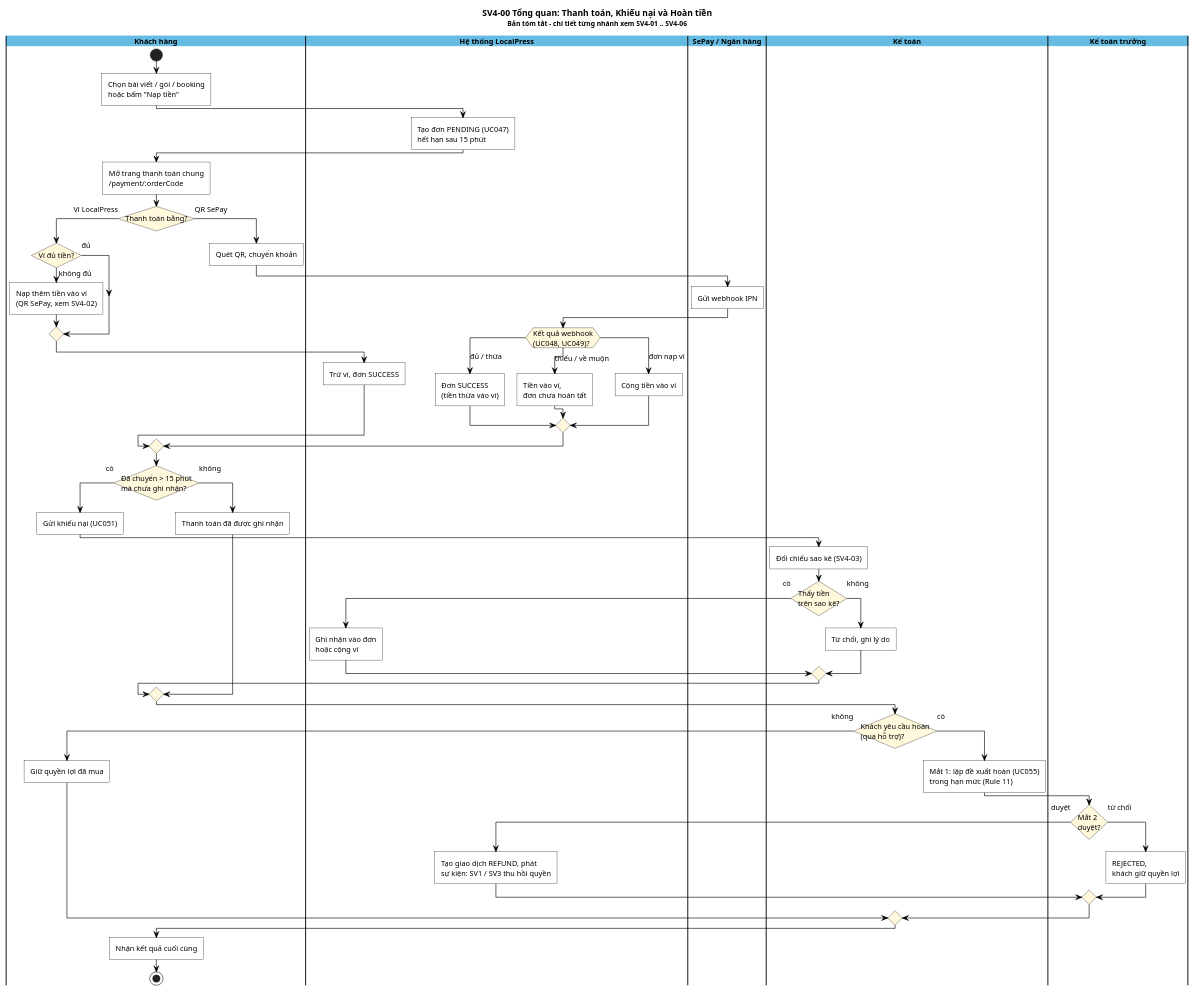
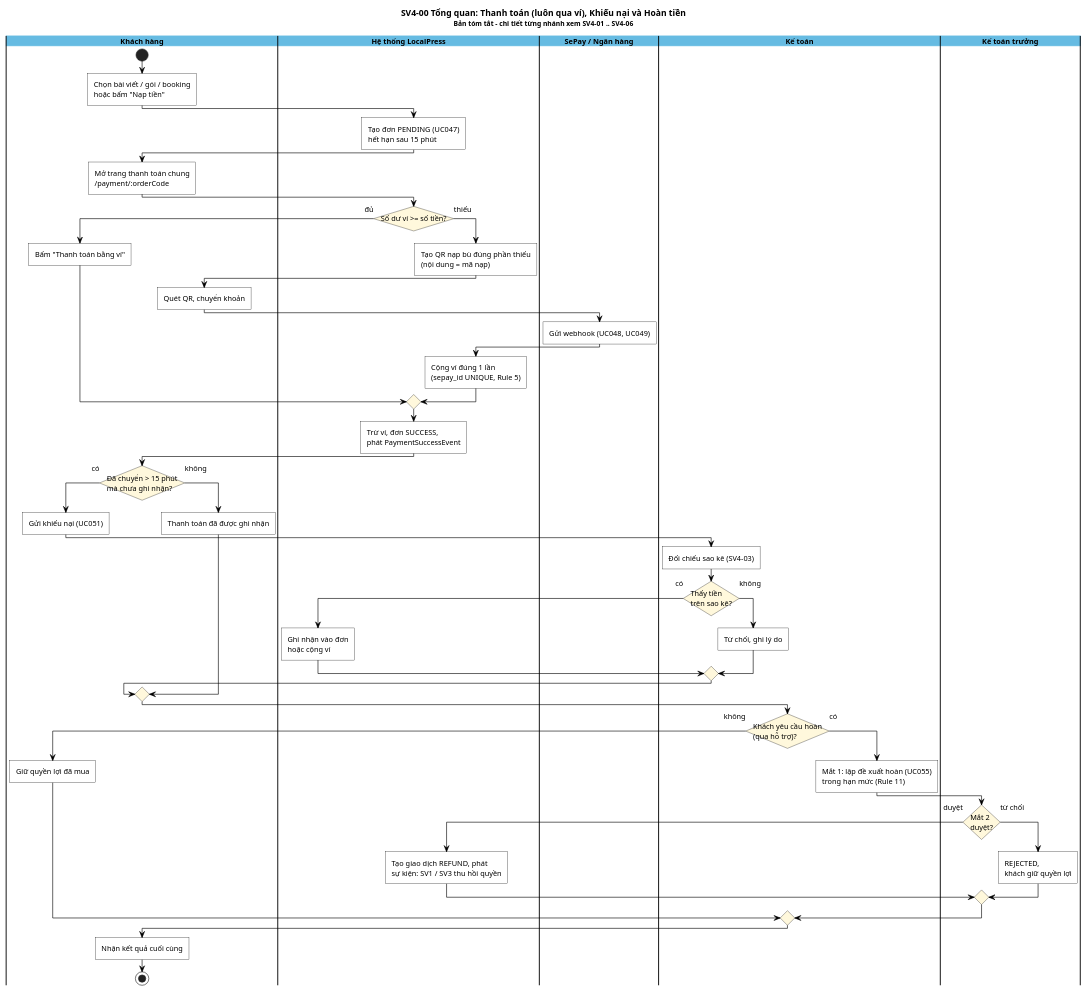
Before and after one commit to huyz4nny/SWP391_LOCALPRESS-REVENUE-TRUST-PLATFORM: the diagram in docs/sv4/02_source/vi/swimlane_sv4_00_overview_vi.puml, drawn with PlantUML. The commit also changed 189 other files, not shown here.

```diff
--- a/docs/sv4/02_source/vi/swimlane_sv4_00_overview_vi.puml
+++ b/docs/sv4/02_source/vi/swimlane_sv4_00_overview_vi.puml
@@ -1,113 +1,107 @@
 @startuml swimlane_sv4_00_overview_vi
-title SV4-00 Tổng quan: Thanh toán, Khiếu nại và Hoàn tiền\n<size:11>Bản tóm tắt - chi tiết từng nhánh xem SV4-01 .. SV4-06</size>
+title SV4-00 Tổng quan: Thanh toán (luôn qua ví), Khiếu nại và Hoàn tiền\n<size:11>Bản tóm tắt - chi tiết từng nhánh xem SV4-01 .. SV4-06</size>
 
 scale max 4000 width
 skinparam backgroundColor white
 skinparam shadowing false
 skinparam defaultFontName Arial
 skinparam defaultFontSize 12
 skinparam ArrowColor #000000
 skinparam conditionStyle InsideDiamond
 skinparam roundCorner 0
 skinparam swimlane {
   BorderColor #000000
   TitleBackgroundColor #66BBE2
   TitleFontStyle bold
 }
 skinparam activity {
   BackgroundColor white
   BorderColor #000000
   DiamondBackgroundColor #FFF8DC
   DiamondBorderColor #000000
 }
 skinparam note {
   BackgroundColor #FFFFE0
   BorderColor #999999
 }
 
 |Khách hàng|
 |Hệ thống LocalPress|
 |SePay / Ngân hàng|
 |Kế toán|
 |Kế toán trưởng|
 
 |Khách hàng|
 start
 :Chọn bài viết / gói / booking
 hoặc bấm "Nạp tiền";
 |Hệ thống LocalPress|
 :Tạo đơn PENDING (UC047)
 hết hạn sau 15 phút;
 |Khách hàng|
 :Mở trang thanh toán chung
 /payment/:orderCode;
-if (Thanh toán bằng?) then (Ví LocalPress)
-  if (Ví đủ tiền?) then (đủ)
-  else (không đủ)
-    :Nạp thêm tiền vào ví
-(QR SePay, xem SV4-02);
-  endif
+|Hệ thống LocalPress|
+if (Số dư ví >= số tiền?) then (đủ)
+  |Khách hàng|
+  :Bấm "Thanh toán bằng ví";
+else (thiếu)
   |Hệ thống LocalPress|
-  :Trừ ví, đơn SUCCESS;
-else (QR SePay)
+  :Tạo QR nạp bù đúng phần thiếu
+(nội dung = mã nạp);
   |Khách hàng|
   :Quét QR, chuyển khoản;
   |SePay / Ngân hàng|
-  :Gửi webhook IPN;
+  :Gửi webhook (UC048, UC049);
   |Hệ thống LocalPress|
-  switch (Kết quả webhook\n(UC048, UC049)?)
-  case (đủ / thừa)
-    :Đơn SUCCESS
-(tiền thừa vào ví);
-  case (thiếu / về muộn)
-    :Tiền vào ví,
-đơn chưa hoàn tất;
-  case (đơn nạp ví)
-    :Cộng tiền vào ví;
-  endswitch
+  :Cộng ví đúng 1 lần
+(sepay_id UNIQUE, Rule 5);
 endif
+|Hệ thống LocalPress|
+:Trừ ví, đơn SUCCESS,
+phát PaymentSuccessEvent;
 |Khách hàng|
 if (Đã chuyển > 15 phút
 mà chưa ghi nhận?) then (có)
   :Gửi khiếu nại (UC051);
   |Kế toán|
   :Đối chiếu sao kê (SV4-03);
   if (Thấy tiền
 trên sao kê?) then (có)
     |Hệ thống LocalPress|
     :Ghi nhận vào đơn
 hoặc cộng ví;
   else (không)
     |Kế toán|
     :Từ chối, ghi lý do;
   endif
 else (không)
   |Khách hàng|
   :Thanh toán đã được ghi nhận;
 endif
 |Kế toán|
 if (Khách yêu cầu hoàn
 (qua hỗ trợ)?) then (không)
   |Khách hàng|
   :Giữ quyền lợi đã mua;
 else (có)
   |Kế toán|
   :Mắt 1: lập đề xuất hoàn (UC055)
 trong hạn mức (Rule 11);
   |Kế toán trưởng|
   if (Mắt 2
 duyệt?) then (duyệt)
     |Hệ thống LocalPress|
     :Tạo giao dịch REFUND, phát
 sự kiện: SV1 / SV3 thu hồi quyền;
   else (từ chối)
     |Kế toán trưởng|
     :REJECTED,
 khách giữ quyền lợi;
   endif
 endif
 |Khách hàng|
 :Nhận kết quả cuối cùng;
 stop
 
 @enduml
```
